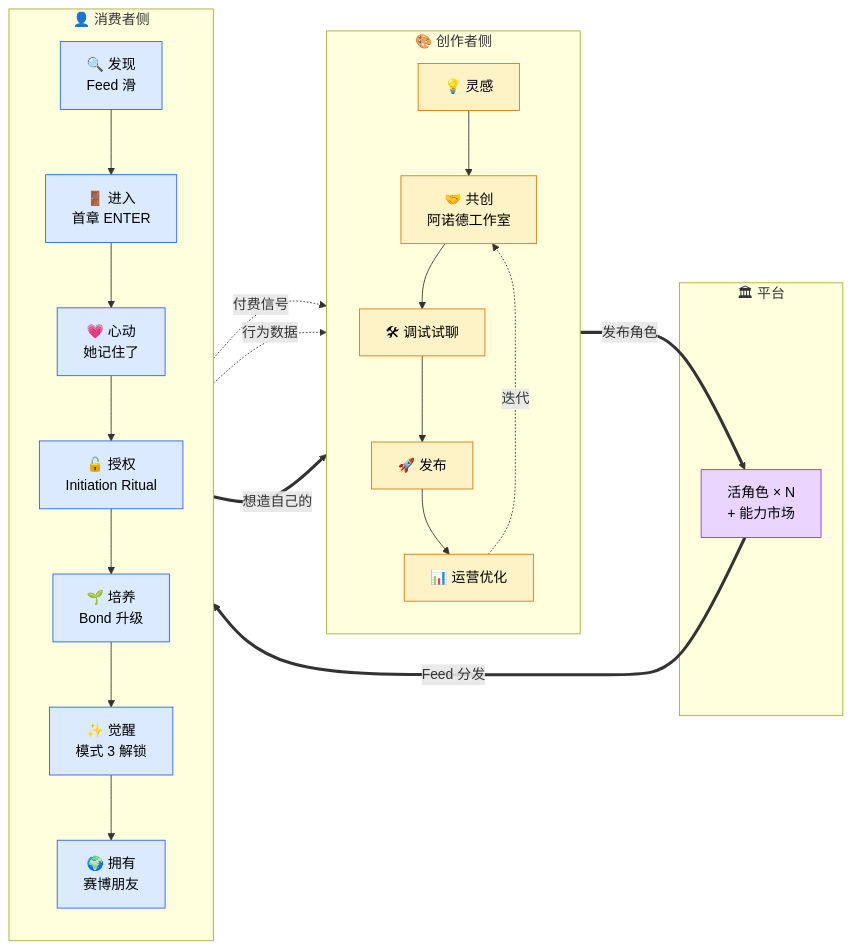
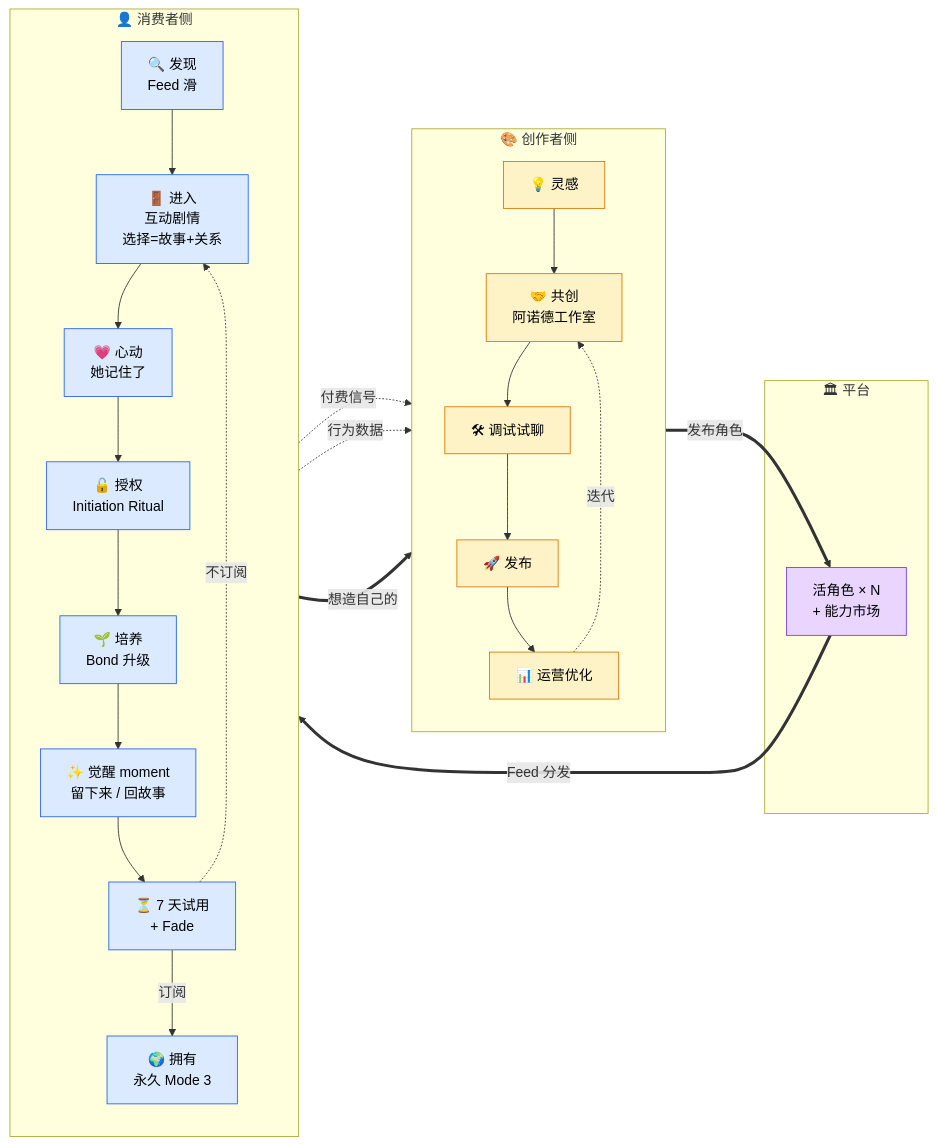
Before and after one commit to SeracLi/Reverie: the diagram in docs/design/用户旅程图-v1.0.md, drawn with Mermaid. The commit also changed other lines of this file and 1 other file, not shown here.

First line of the commit message:
feat: 互动内容机制 + 永久聊天解锁(7 天试用 + Fade)

````diff
--- a/docs/design/用户旅程图-v1.0.md
+++ b/docs/design/用户旅程图-v1.0.md
@@ -27,39 +27,41 @@
 ```mermaid
 flowchart LR
     subgraph CREATOR[" 🎨 创作者侧 "]
         direction TB
         C1[💡 灵感] --> C2[🤝 共创<br/>阿诺德工作室]
         C2 --> C3[🛠 调试试聊]
         C3 --> C4[🚀 发布]
         C4 --> C5[📊 运营优化]
         C5 -.迭代.-> C2
     end
 
     subgraph PLATFORM[" 🏛 平台 "]
         P[活角色 × N<br/>+ 能力市场]
     end
 
     subgraph CONSUMER[" 👤 消费者侧 "]
         direction TB
-        U1[🔍 发现<br/>Feed 滑] --> U2[🚪 进入<br/>首章 ENTER]
+        U1[🔍 发现<br/>Feed 滑] --> U2[🚪 进入<br/>互动剧情<br/>选择=故事+关系]
         U2 --> U3[💗 心动<br/>她记住了]
         U3 --> U4[🔓 授权<br/>Initiation Ritual]
         U4 --> U5[🌱 培养<br/>Bond 升级]
-        U5 --> U6[✨ 觉醒<br/>模式 3 解锁]
-        U6 --> U7[🌍 拥有<br/>赛博朋友]
+        U5 --> U6[✨ 觉醒 moment<br/>留下来 / 回故事]
+        U6 --> U65[⏳ 7 天试用<br/>+ Fade]
+        U65 -->|订阅| U7[🌍 拥有<br/>永久 Mode 3]
+        U65 -.不订阅.-> U2
     end
 
     C4 ==发布角色==> P
     P ==Feed 分发==> U1
 
     U3 -.付费信号.-> C5
     U5 -.行为数据.-> C5
     U7 ==想造自己的==> C1
 
     classDef creatorStyle fill:#fef3c7,stroke:#d97706,color:#000
     classDef consumerStyle fill:#dbeafe,stroke:#2563eb,color:#000
     classDef platformStyle fill:#e9d5ff,stroke:#7c3aed,color:#000
     class C1,C2,C3,C4,C5 creatorStyle
-    class U1,U2,U3,U4,U5,U6,U7 consumerStyle
+    class U1,U2,U3,U4,U5,U6,U65,U7 consumerStyle
     class P platformStyle
 ```
````
